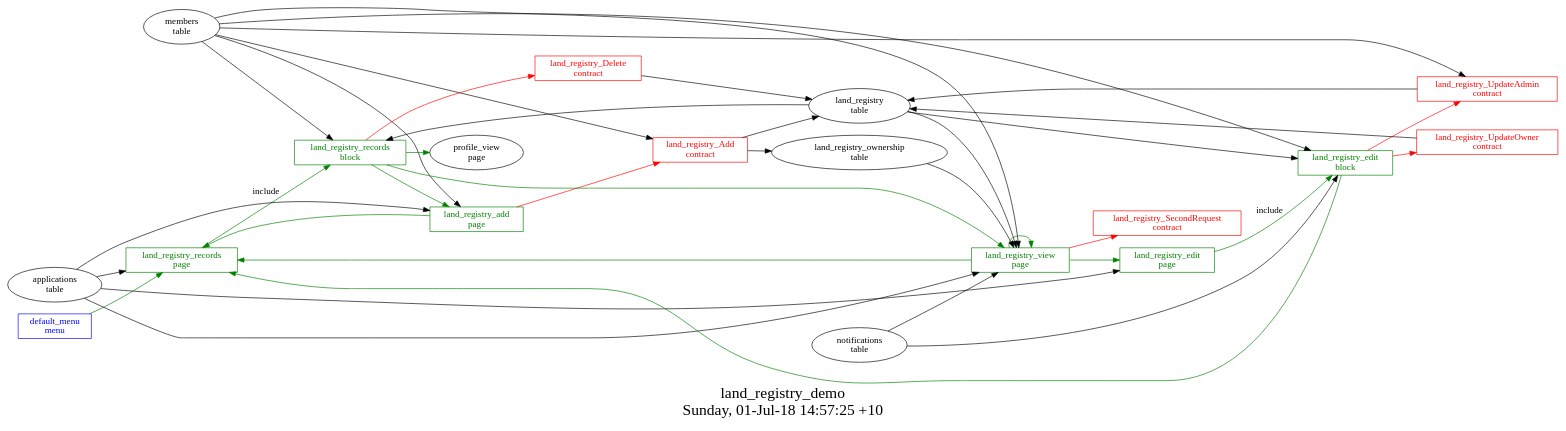
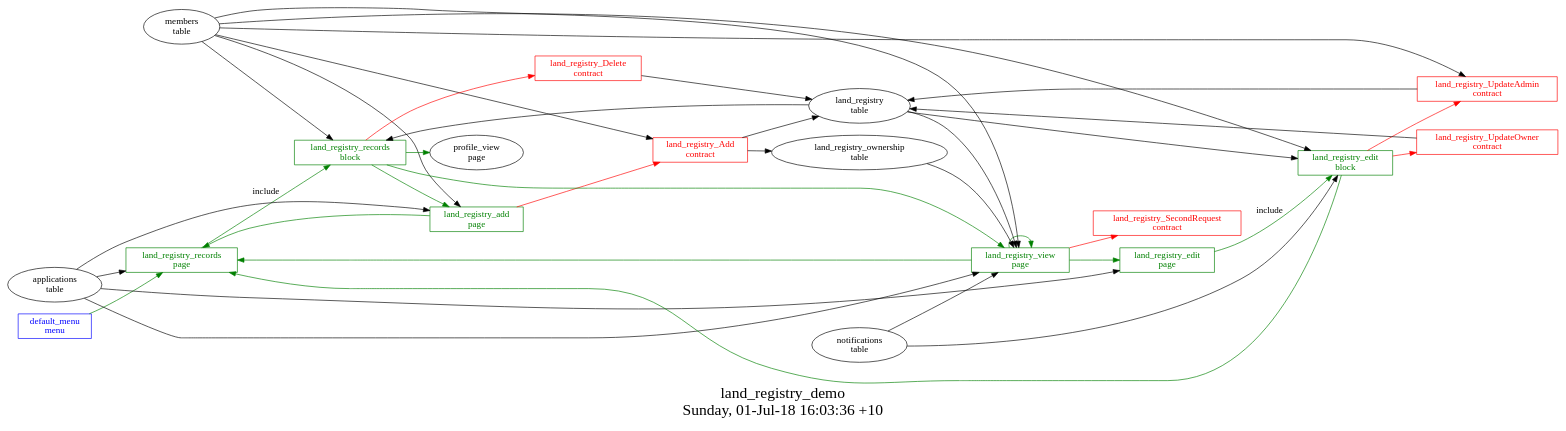
The diagram in quick-start/land_registry_demo/struct.dot (AplaProject/apps), drawn with Graphviz before and after one commit. The commit also changed 14 other files, not shown here.

```diff
--- a/quick-start/land_registry_demo/struct.dot
+++ b/quick-start/land_registry_demo/struct.dot
@@ -1,59 +1,59 @@
 digraph G {
 fontsize="24";
-label="land_registry_demo\nSunday, 01-Jul-18 14:57:25 +10";
+label="land_registry_demo\nSunday, 01-Jul-18 16:03:36 +10";
 nojustify=true;
 ordering=out;
 rankdir=LR;
 size="30";
 "default_menu\nmenu" -> "land_registry_records\npage"  [ color=green ]
 "default_menu\nmenu" [color=blue, fontcolor=blue, group=menus, shape=record];
 "land_registry_add\npage" -> "land_registry_Add\ncontract"  [ color=red ]
 "applications\ntable" -> "land_registry_add\npage"
 "members\ntable" -> "land_registry_add\npage"
 "land_registry_add\npage" -> "land_registry_records\npage"  [ color=green ]
 "land_registry_add\npage" [color=green, fontcolor=green, group=pages, shape=record];
 "applications\ntable" -> "land_registry_edit\npage"
 "land_registry_edit\npage" -> "land_registry_edit\nblock"  [ color=green, label=include ]
 "land_registry_edit\npage" [color=green, fontcolor=green, group=pages, shape=record];
 "applications\ntable" -> "land_registry_records\npage"
 "land_registry_records\npage" -> "land_registry_records\nblock"  [ color=green, label=include ]
 "land_registry_records\npage" [color=green, fontcolor=green, group=pages, shape=record];
 "land_registry_view\npage" -> "land_registry_SecondRequest\ncontract"  [ color=red ]
 "applications\ntable" -> "land_registry_view\npage"
 "land_registry\ntable" -> "land_registry_view\npage"
 "land_registry_ownership\ntable" -> "land_registry_view\npage"
 "members\ntable" -> "land_registry_view\npage"
 "notifications\ntable" -> "land_registry_view\npage"
 "land_registry_view\npage" -> "land_registry_records\npage"  [ color=green ]
 "land_registry_view\npage" -> "land_registry_view\npage"  [ color=green ]
 "land_registry_view\npage" -> "land_registry_edit\npage"  [ color=green ]
 "land_registry_view\npage" [color=green, fontcolor=green, group=pages, shape=record];
 "land_registry_edit\nblock" -> "land_registry_UpdateAdmin\ncontract"  [ color=red ]
 "land_registry_edit\nblock" -> "land_registry_UpdateOwner\ncontract"  [ color=red ]
 "notifications\ntable" -> "land_registry_edit\nblock"
 "land_registry\ntable" -> "land_registry_edit\nblock"
 "members\ntable" -> "land_registry_edit\nblock"
 "land_registry_edit\nblock" -> "land_registry_records\npage"  [ color=green ]
 "land_registry_edit\nblock" [color=green, fontcolor=green, group=blocks, shape=record];
 "land_registry_records\nblock" -> "land_registry_Delete\ncontract"  [ color=red ]
 "land_registry\ntable" -> "land_registry_records\nblock"
 "members\ntable" -> "land_registry_records\nblock"
 "land_registry_records\nblock" -> "profile_view\npage"  [ color=green ]
 "land_registry_records\nblock" -> "land_registry_view\npage"  [ color=green ]
 "land_registry_records\nblock" -> "land_registry_add\npage"  [ color=green ]
 "land_registry_records\nblock" [color=green, fontcolor=green, group=blocks, shape=record];
 "land_registry_Add\ncontract" -> "land_registry\ntable"  [ color="" ]
 "land_registry_Add\ncontract" -> "land_registry_ownership\ntable"  [ color="" ]
 "members\ntable" -> "land_registry_Add\ncontract"
 "land_registry_Add\ncontract" [color=red, fontcolor=red, group=contracts, shape=record];
 "land_registry_Delete\ncontract" -> "land_registry\ntable"  [ color="" ]
 "land_registry_Delete\ncontract" [color=red, fontcolor=red, group=contracts, shape=record];
 "land_registry_SecondRequest\ncontract" [color=red, fontcolor=red, group=contracts, shape=record];
 "land_registry_UpdateAdmin\ncontract" -> "land_registry\ntable"  [ color="" ]
 "members\ntable" -> "land_registry_UpdateAdmin\ncontract"
 "land_registry_UpdateAdmin\ncontract" [color=red, fontcolor=red, group=contracts, shape=record];
 "land_registry_UpdateOwner\ncontract" -> "land_registry\ntable"  [ color="" ]
 "land_registry_UpdateOwner\ncontract" [color=red, fontcolor=red, group=contracts, shape=record];
 "land_registry\ntable" [color="", fontcolor="", group=tables, shape=""];
 "land_registry_ownership\ntable" [color="", fontcolor="", group=tables, shape=""];
 }
```
